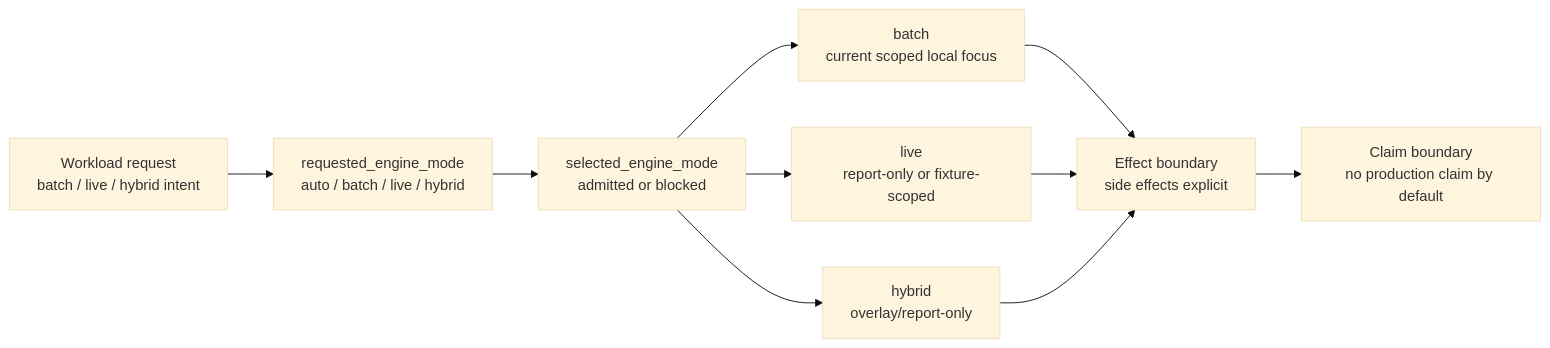
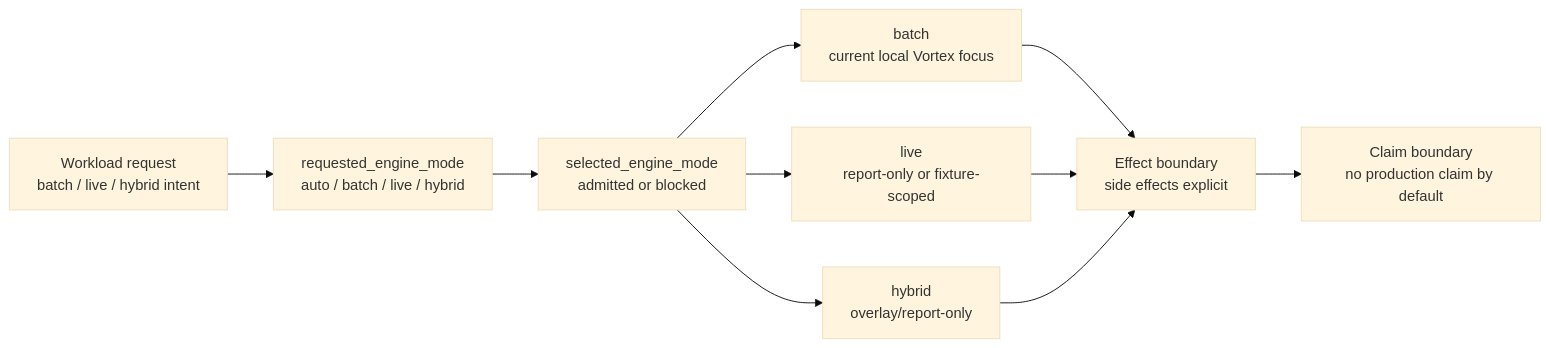
One commit to depsilon/shardloom changed the fifth of 8 diagrams in website-public/assets/data/compute-engine-flow-reference.md. Above: the diagram before and after it, drawn with Mermaid (base theme). The commit also changed other lines of this file and 49 other files, not shown here.

````diff
--- a/website-public/assets/data/compute-engine-flow-reference.md
+++ b/website-public/assets/data/compute-engine-flow-reference.md
@@ -508,16 +530,16 @@
 ```mermaid
 flowchart LR
     WORKLOAD["Workload request<br/>batch / live / hybrid intent"]
     REQUESTED["requested_engine_mode<br/>auto / batch / live / hybrid"]
     SELECTED["selected_engine_mode<br/>admitted or blocked"]
-    BATCH["batch<br/>current scoped local focus"]
+    BATCH["batch<br/>current local Vortex focus"]
     LIVE["live<br/>report-only or fixture-scoped"]
     HYBRID["hybrid<br/>overlay/report-only"]
     EFFECTS["Effect boundary<br/>side effects explicit"]
     CLAIMS["Claim boundary<br/>no production claim by default"]
 
     WORKLOAD --> REQUESTED --> SELECTED
     SELECTED --> BATCH --> EFFECTS --> CLAIMS
     SELECTED --> LIVE --> EFFECTS
     SELECTED --> HYBRID --> EFFECTS
 ```
````
